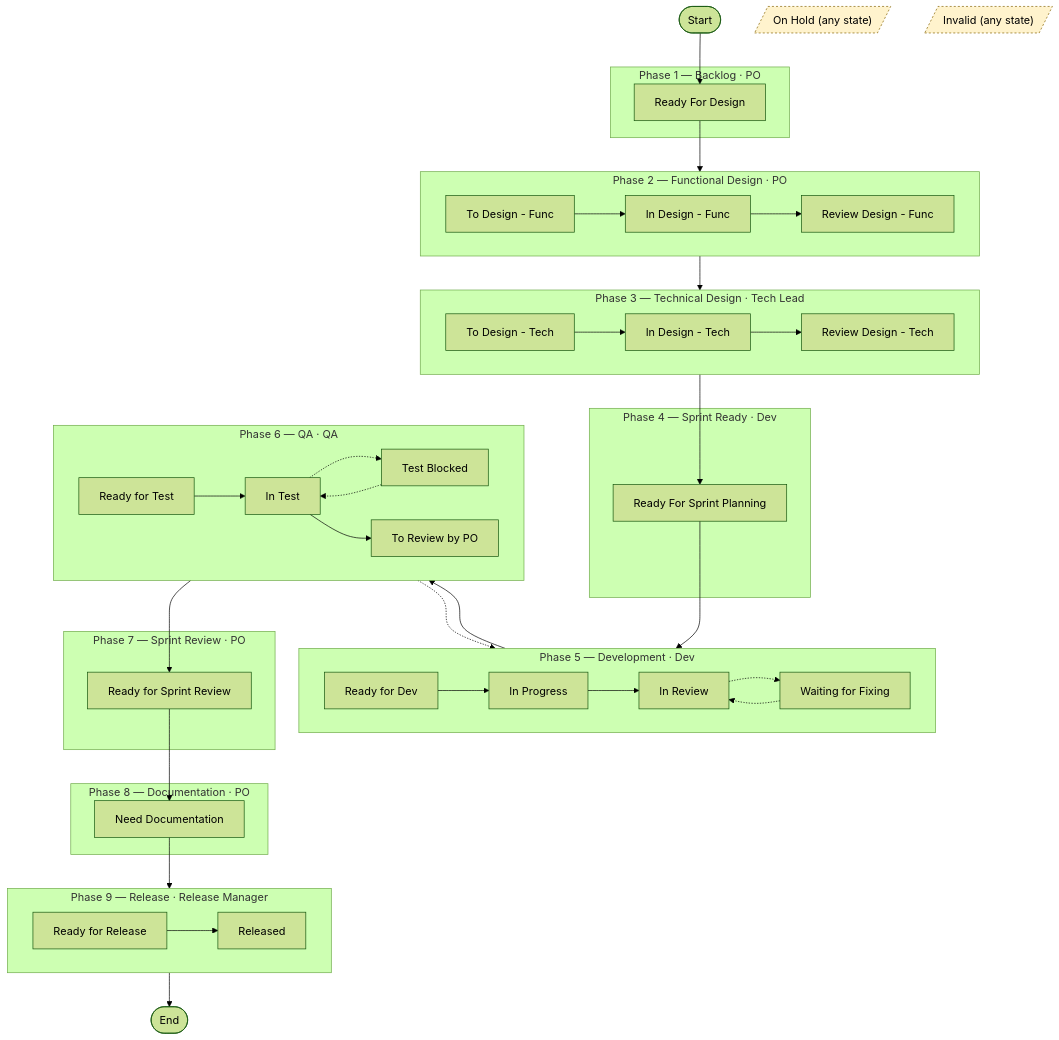
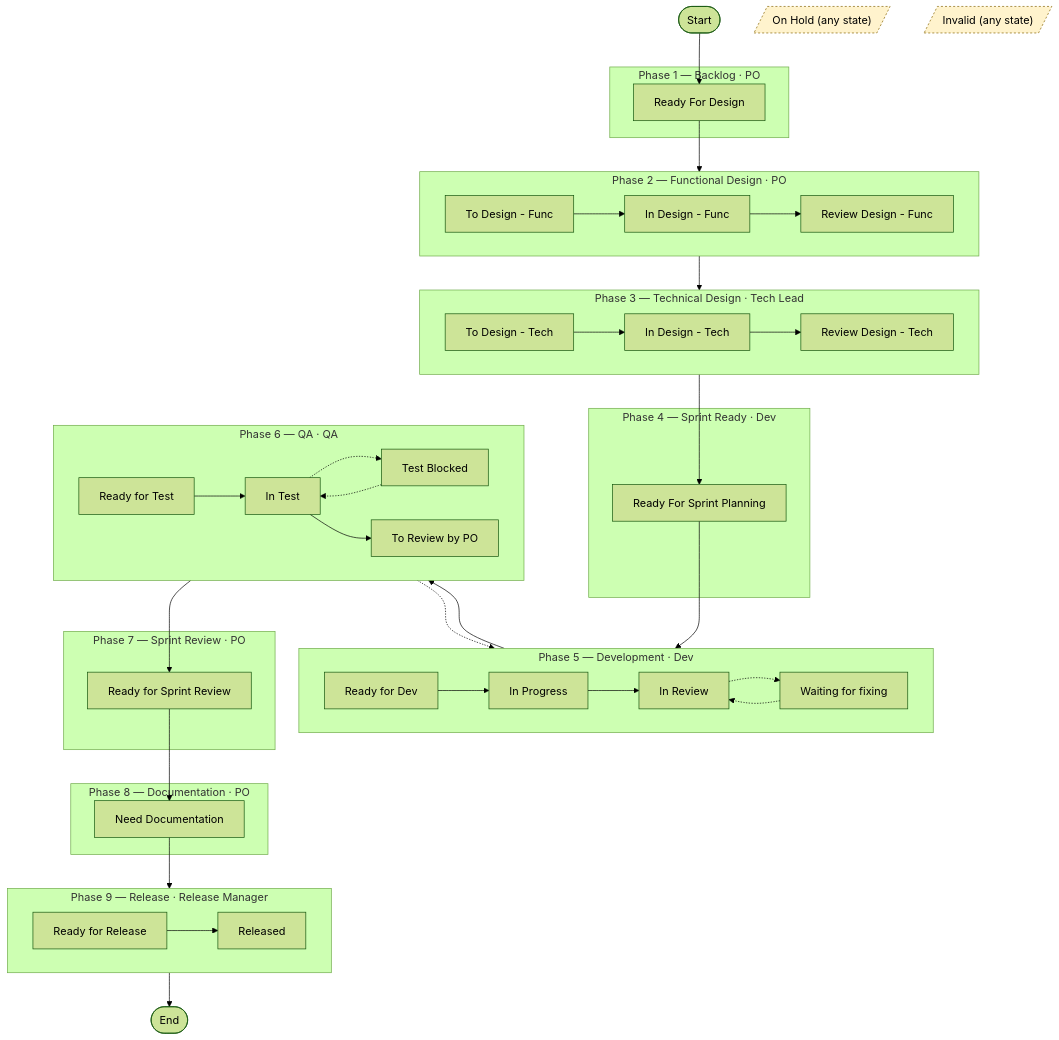
Before and after one commit to mhamidi81/opencell-tools: the diagram in plugins/func/oc-fn-tools/skills/oc-fn-func-design/stories.md, drawn with Mermaid (forest theme). The commit also changed other lines of this file and 10 other files, not shown here.

````diff
--- a/plugins/func/oc-fn-tools/skills/oc-fn-func-design/stories.md
+++ b/plugins/func/oc-fn-tools/skills/oc-fn-func-design/stories.md
@@ -431,66 +533,66 @@
 ```mermaid
 flowchart TD
     Start([Start]) --> RFD
 
     subgraph P1 ["Phase 1 — Backlog · PO"]
         RFD["Ready For Design"]
     end
 
     subgraph P2 ["Phase 2 — Functional Design · PO"]
         direction LR
         TDF["To Design - Func"] --> IDF["In Design - Func"] --> RDF["Review Design - Func"]
     end
 
     subgraph P3 ["Phase 3 — Technical Design · Tech Lead"]
         direction LR
         TDT["To Design - Tech"] --> IDT["In Design - Tech"] --> RDT["Review Design - Tech"]
     end
 
     subgraph P4 ["Phase 4 — Sprint Ready · Dev"]
         RFSP["Ready For Sprint Planning"]
     end
 
     subgraph P5 ["Phase 5 — Development · Dev"]
         direction LR
         RFDV["Ready for Dev"] --> IP["In Progress"] --> IR["In Review"]
-        IR -.-> WFF["Waiting for Fixing"]
+        IR -.-> WFF["Waiting for fixing"]
     end
 
     subgraph P6 ["Phase 6 — QA · QA"]
         direction LR
         RFT["Ready for Test"] --> IT["In Test"]
         IT -.-> TB["Test Blocked"]
         IT --> TRBPO["To Review by PO"]
     end
 
     subgraph P7 ["Phase 7 — Sprint Review · PO"]
         RFSR["Ready for Sprint Review"]
     end
 
     subgraph P8 ["Phase 8 — Documentation · PO"]
         ND["Need Documentation"]
     end
 
     subgraph P9 ["Phase 9 — Release · Release Manager"]
         direction LR
         RFR["Ready for Release"] --> Rel["Released"]
     end
 
     RFD --> TDF
     RDF --> TDT
     RDT --> RFSP
     RFSP --> RFDV
     IR --> RFT
     IT -.-> WFF
     WFF -.-> IR
     TB -.-> IT
     TRBPO --> RFSR
     RFSR --> ND
     ND --> RFR
     Rel --> End([End])
 
     OnHold[/"On Hold (any state)"/]:::side
     Invalid[/"Invalid (any state)"/]:::side
 
     classDef side fill:#fff3cd,stroke:#856404,stroke-dasharray: 3 3
 ```
````
